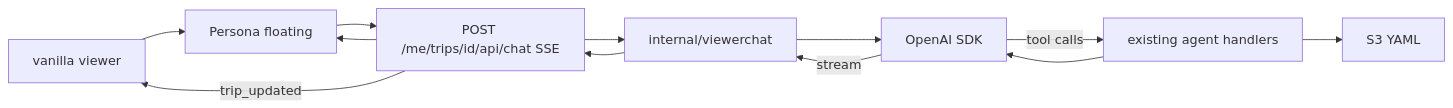
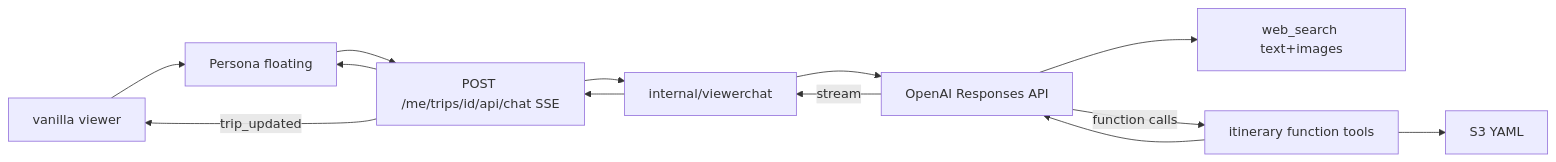
Before and after one commit to yaronf/tripmap: the diagram in docs/plan-viewer-openai-chat.md, drawn with Mermaid. The commit also changed other lines of this file and 42 other files, not shown here.

First line of the commit message:
Add in-viewer Persona chat with Responses API and itinerary tools.

````diff
--- a/docs/plan-viewer-openai-chat.md
+++ b/docs/plan-viewer-openai-chat.md
@@ -25,15 +28,17 @@
 ```mermaid
 flowchart LR
   viewer[vanilla viewer]
   persona[Persona floating]
   chatAPI["POST /me/trips/id/api/chat SSE"]
   pkg[internal/viewerchat]
-  openai[OpenAI SDK]
-  tools[existing agent handlers]
+  openai[OpenAI Responses API]
+  web[web_search text+images]
+  tools[itinerary function tools]
   s3[S3 YAML]
   viewer --> persona --> chatAPI --> pkg --> openai
-  openai -->|tool calls| tools --> s3
+  openai --> web
+  openai -->|function calls| tools --> s3
   tools --> openai
   openai -->|stream| pkg --> chatAPI --> persona
   chatAPI -->|trip_updated| viewer
 ```
````
